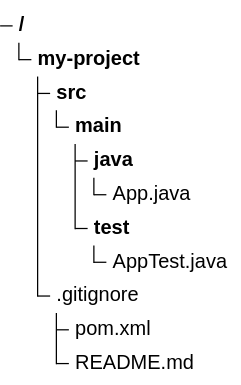
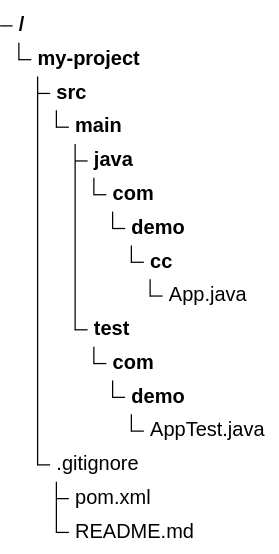
Before and after one commit to chanduujjina/WebSocket_Server: the second of 2 diagrams in Plan.md, drawn with Mermaid.

````diff
--- a/Plan.md
+++ b/Plan.md
@@ -35,13 +35,18 @@
 ```mermaid
 treeView-beta
             my-project/
                 src/
                     main/
                          java/
-                               App.java
+                              com/
+                                  demo/
+                                        cc/
+                                            App.java
                          test/
-                              AppTest.java   
+                              com/
+                                  demo/
+                                       AppTest.java   
                 .gitignore
                  pom.xml
                  README.md
 ```
````
